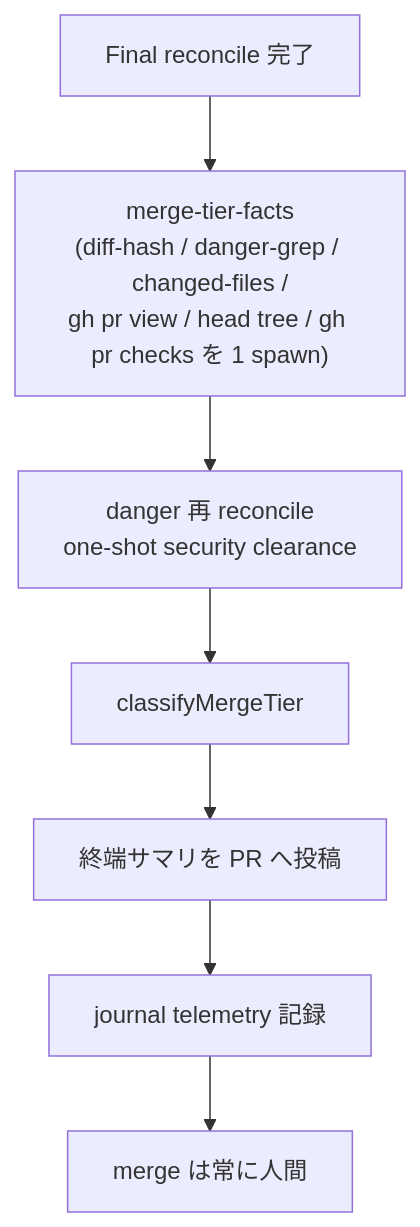
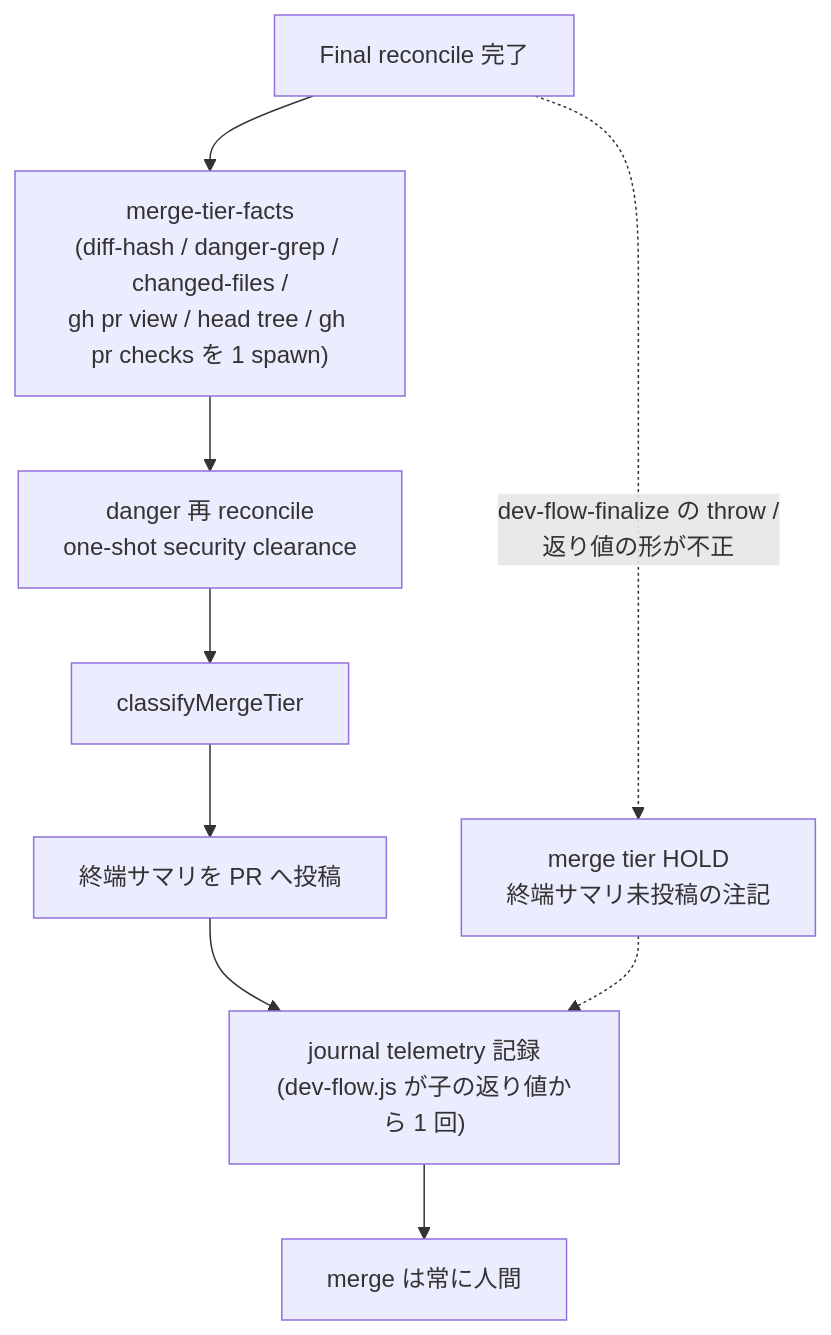
Before and after one commit to it-all-playpark/claude-plugins: the tenth of 13 diagrams in docs/dev-flow-atlas.md, drawn with Mermaid. The commit also changed other lines of this file and 21 other files, not shown here.

First line of the commit message:
refactor(dev-flow): dev-flow.js を工程の起動だけを持つ orchestrator にする構造を決め、pr-iterate 後の工程（Final reconcile・Merge tier・終端サマリー）を別 workflow に切り出す (#1262)

````diff
--- a/docs/dev-flow-atlas.md
+++ b/docs/dev-flow-atlas.md
@@ -255,9 +258,11 @@
 ```mermaid
 flowchart TD
     IN["Final reconcile 完了"] --> M0["merge-tier-facts<br/>(diff-hash / danger-grep / changed-files /<br/>gh pr view / head tree / gh pr checks を 1 spawn)"]
     M0 --> M1["danger 再 reconcile<br/>one-shot security clearance"]
     M1 --> M2["classifyMergeTier"]
     M2 --> M3["終端サマリを PR へ投稿"]
-    M3 --> M4["journal telemetry 記録"]
+    M3 --> M4["journal telemetry 記録<br/>(dev-flow.js が子の返り値から 1 回)"]
     M4 --> HU["merge は常に人間"]
+    IN -.->|"dev-flow-finalize の throw /<br/>返り値の形が不正"| FH["merge tier HOLD<br/>終端サマリ未投稿の注記"]
+    FH -.-> M4
 ```
````
